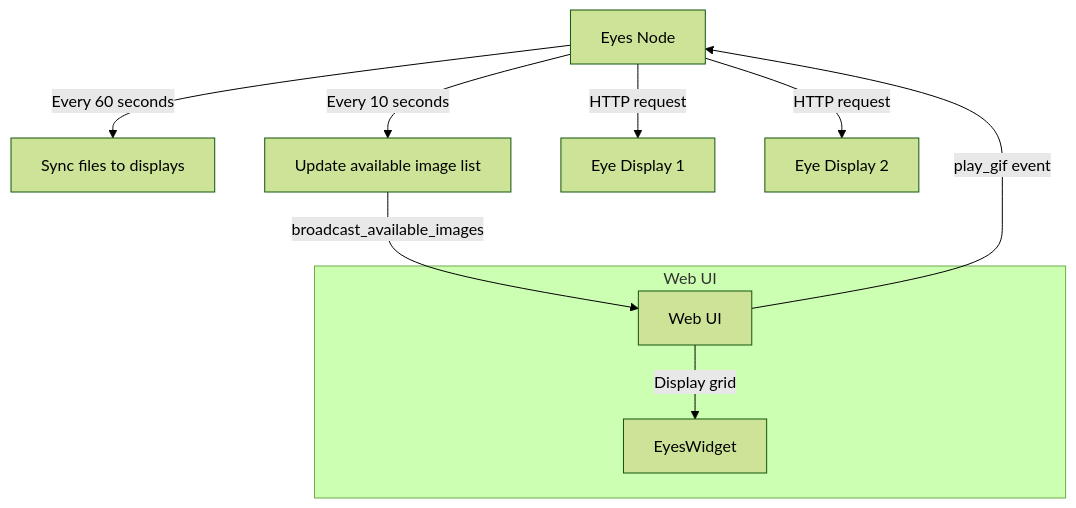
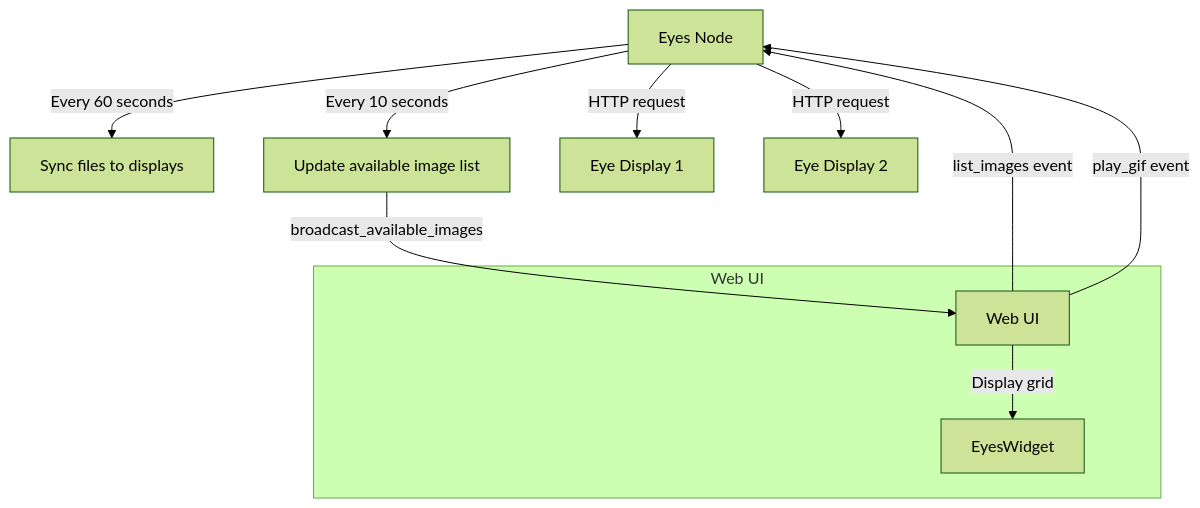
One commit to mneuhaus/wall-e-dora changed the diagram in nodes/eyes/README.md. Above: the diagram before and after it, drawn with Mermaid (forest theme). The commit also changed other lines of this file and 18 other files, not shown here.

````diff
--- a/nodes/eyes/README.md
+++ b/nodes/eyes/README.md
@@ -9,13 +9,14 @@
 ```mermaid
 graph TD
     A[Eyes Node] -->|Every 60 seconds| B[Sync files to displays]
     A -->|Every 10 seconds| C[Update available image list]
     C -->|broadcast_available_images| D[Web UI]
+    D -->|list_images event| A
     D -->|play_gif event| A
     A -->|HTTP request| E[Eye Display 1]
     A -->|HTTP request| F[Eye Display 2]
     
     subgraph "Web UI"
     D -->|Display grid| G[EyesWidget]
     end
 ```
````
